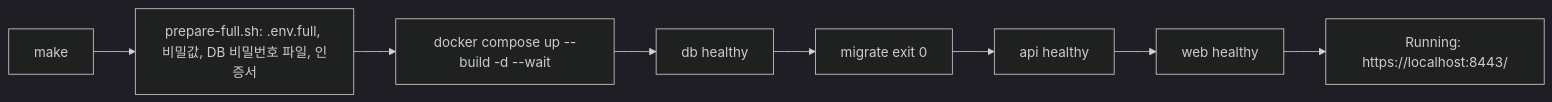
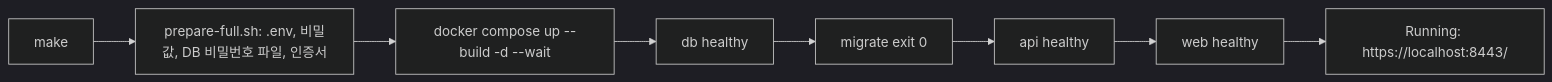
The first of 5 diagrams in Document/evaluation/evaluation-scenarios.md (EscapeFromGyeongsan/ft_transcendence), drawn with Mermaid (dark theme) before and after one commit. The commit also changed other lines of this file, not shown here.

Commit message:
docs(evaluation): point the scenarios at the single .env

````diff
--- a/Document/evaluation/evaluation-scenarios.md
+++ b/Document/evaluation/evaluation-scenarios.md
@@ -154,7 +155,7 @@
 ```mermaid
 flowchart LR
-  A["make"] --> B["prepare-full.sh: .env.full, 비밀값, DB 비밀번호 파일, 인증서"]
+  A["make"] --> B["prepare-full.sh: .env, 비밀값, DB 비밀번호 파일, 인증서"]
   B --> C["docker compose up --build -d --wait"]
   C --> D["db healthy"] --> E["migrate exit 0"] --> F["api healthy"] --> G["web healthy"]
   G --> H["Running: https://localhost:8443/"]
 ```
````
